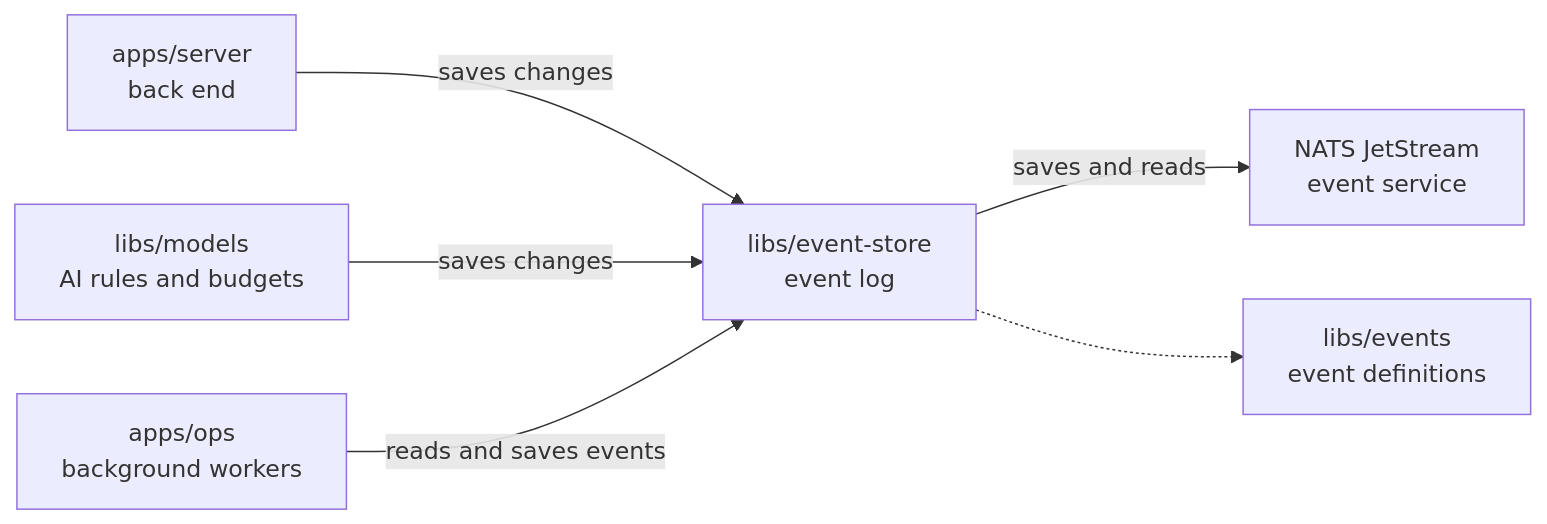
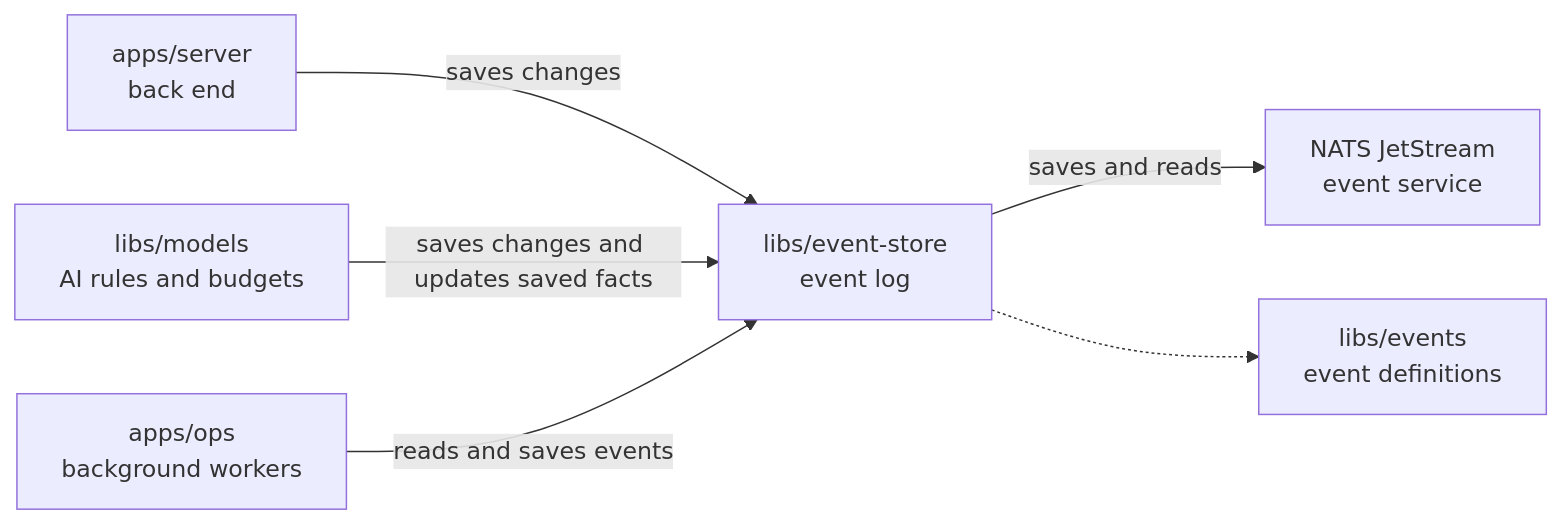
One commit to elewa-git/opencrane-new changed the diagram in libs/event-store/README.md. Above: the diagram before and after it, drawn with Mermaid. The commit also changed other lines of this file and 29 other files, not shown here.

````diff
--- a/libs/event-store/README.md
+++ b/libs/event-store/README.md
@@ -22,8 +22,8 @@
 ```mermaid
 flowchart LR
   server["apps/server<br/>back end"] -->|saves changes| store["libs/event-store<br/>event log"]
-  models["libs/models<br/>AI rules and budgets"] -->|saves changes| store
+  models["libs/models<br/>AI rules and budgets"] -->|saves changes and updates saved facts| store
   ops["apps/ops<br/>background workers"] -->|reads and saves events| store
   store -->|saves and reads| nats["NATS JetStream<br/>event service"]
   store -.-> events["libs/events<br/>event definitions"]
 ```
````
